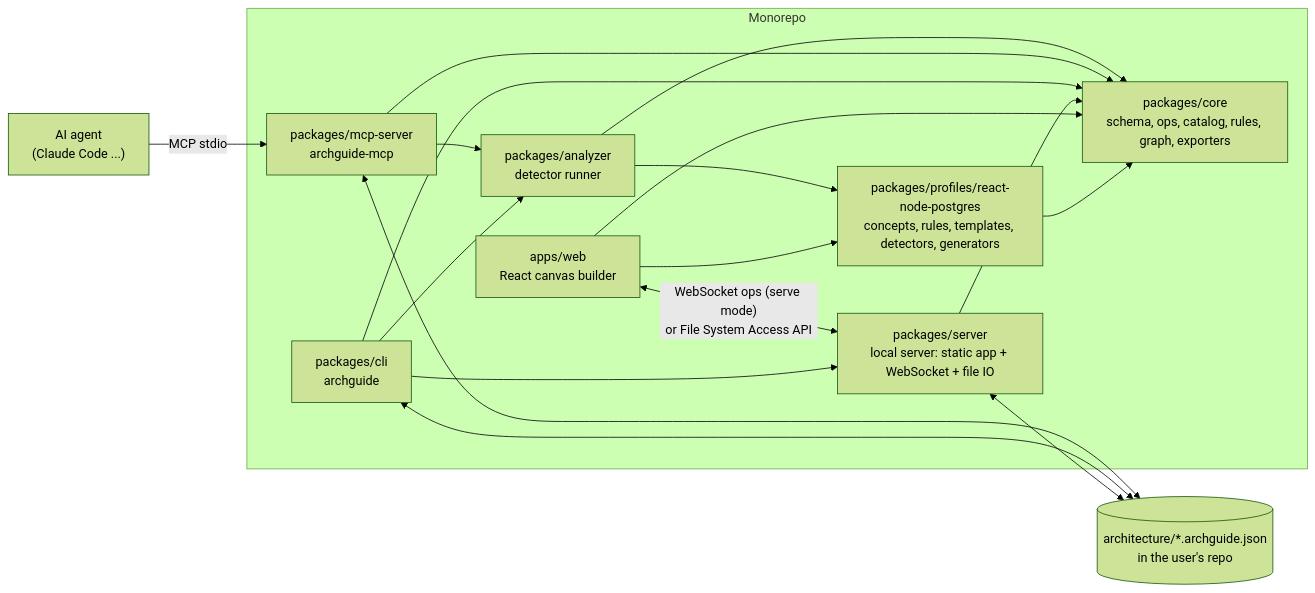
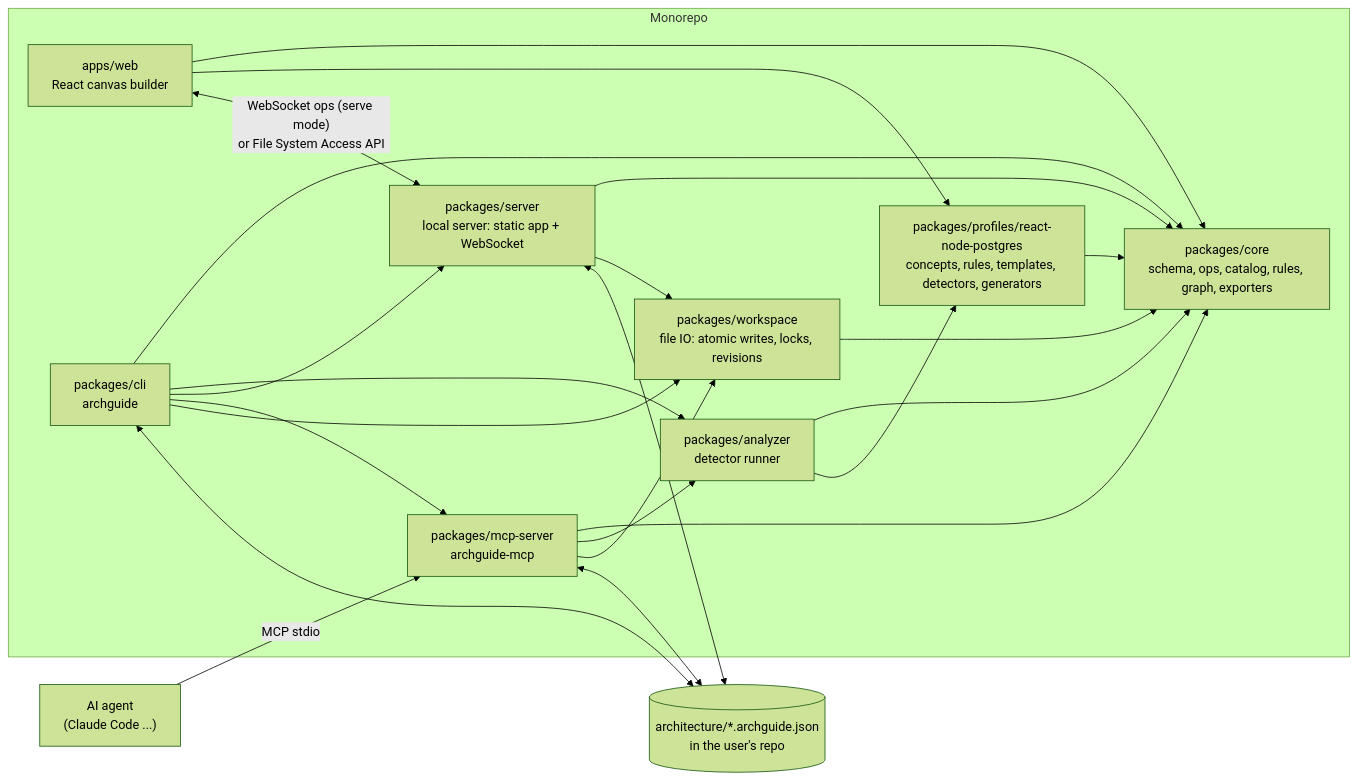
Before and after one commit to PetarBegovic1701/ArchitectureGuide: the diagram in Implementation.md, drawn with Mermaid (forest theme). The commit also changed other lines of this file and 63 other files, not shown here.

First line of the commit message:
Phase 7: archguide serve, the CLI, the MCP server and the skill

````diff
--- a/Implementation.md
+++ b/Implementation.md
@@ -221,31 +221,37 @@
 ```mermaid
 flowchart LR
   subgraph Monorepo
     core["packages/core<br/>schema, ops, catalog, rules, graph, exporters"]
     profile["packages/profiles/react-node-postgres<br/>concepts, rules, templates, detectors, generators"]
     web["apps/web<br/>React canvas builder"]
-    server["packages/server<br/>local server: static app + WebSocket + file IO"]
+    workspace["packages/workspace<br/>file IO: atomic writes, locks, revisions"]
+    server["packages/server<br/>local server: static app + WebSocket"]
     cli["packages/cli<br/>archguide"]
     mcp["packages/mcp-server<br/>archguide-mcp"]
     analyzer["packages/analyzer<br/>detector runner"]
   end
 
   profile --> core
   web --> core
   web --> profile
+  workspace --> core
   server --> core
+  server --> workspace
   cli --> core
   cli --> analyzer
   cli --> server
+  cli --> mcp
+  cli --> workspace
   mcp --> core
   mcp --> analyzer
+  mcp --> workspace
   analyzer --> core
   analyzer --> profile
 
   files[("architecture/*.archguide.json<br/>in the user's repo")]
   web <-- "WebSocket ops (serve mode)<br/>or File System Access API" --> server
   server <--> files
   cli <--> files
   mcp <--> files
   agent["AI agent<br/>(Claude Code ...)"] -- "MCP stdio" --> mcp
 ```
````
